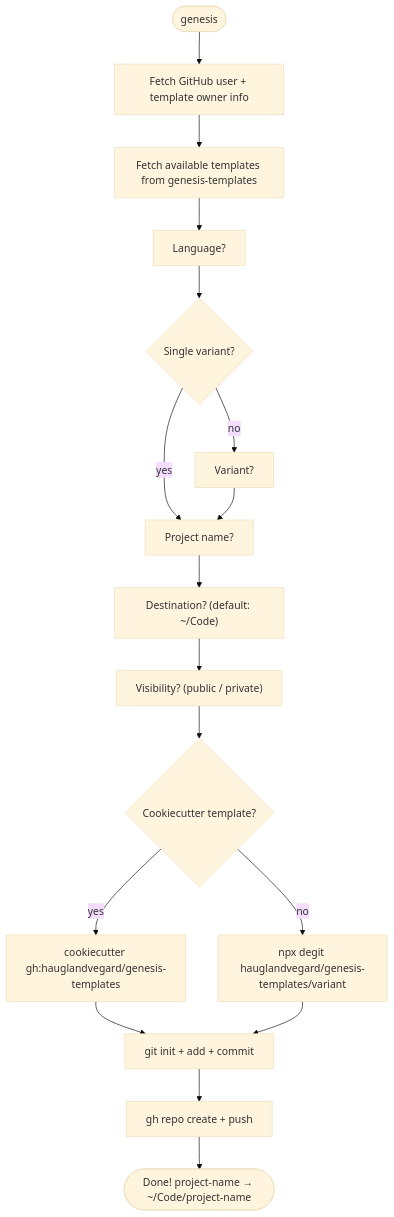
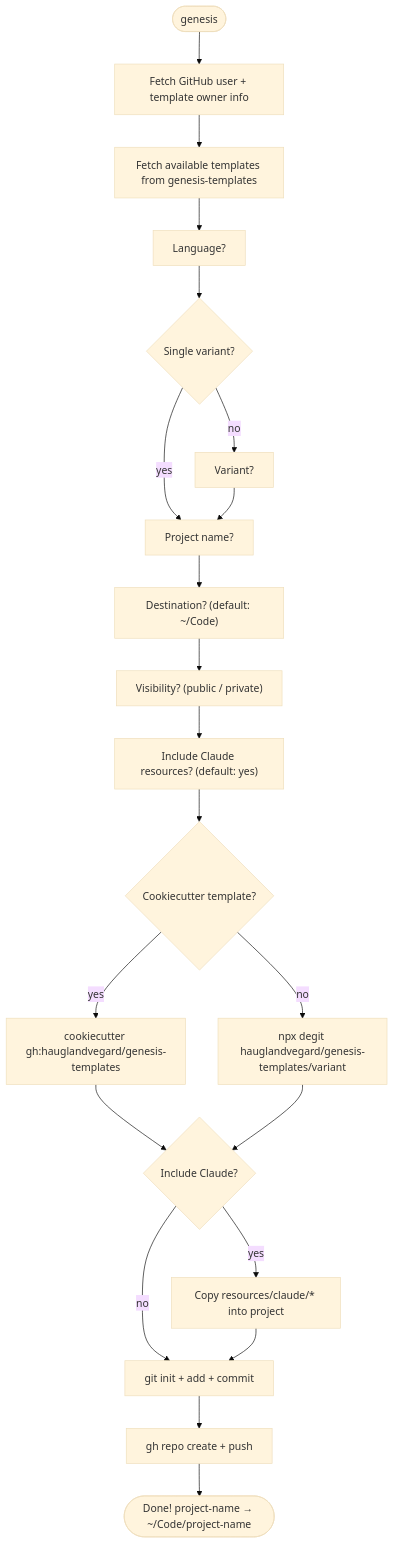
One commit to hauglandvegard/project-genisis changed the diagram in docs/question-flow.md. Above: the diagram before and after it, drawn with Mermaid (base theme). The commit also changed 13 other files, not shown here.

````diff
--- a/docs/question-flow.md
+++ b/docs/question-flow.md
@@ -1,30 +1,36 @@
 ```mermaid
 graph TD
 
     start(["genesis"])
 
     start --> gh["Fetch GitHub user + template owner info"]
     gh --> templates["Fetch available templates from genesis-templates"]
 
     templates --> q1["Language?"]
 
     q1 --> single{"Single variant?"}
     single -- yes --> q3
     single -- no --> q2["Variant?"]
     q2 --> q3
 
     q3["Project name?"]
     q3 --> q4["Destination? (default: ~/Code)"]
     q4 --> q5["Visibility? (public / private)"]
+    q5 --> q6["Include Claude resources? (default: yes)"]
 
-    q5 --> dispatch{"Cookiecutter template?"}
+    q6 --> dispatch{"Cookiecutter template?"}
     dispatch -- yes --> cc["cookiecutter gh:hauglandvegard/genesis-templates"]
     dispatch -- no --> dg["npx degit hauglandvegard/genesis-templates/variant"]
 
-    cc --> git
-    dg --> git
+    cc --> claude
+    dg --> claude
+
+    claude{"Include Claude?"}
+    claude -- yes --> copy["Copy resources/claude/* into project"]
+    claude -- no --> git
+    copy --> git
 
     git["git init + add + commit"]
     git --> repo["gh repo create + push"]
     repo --> done(["Done! project-name → ~/Code/project-name"])
 ```
````
